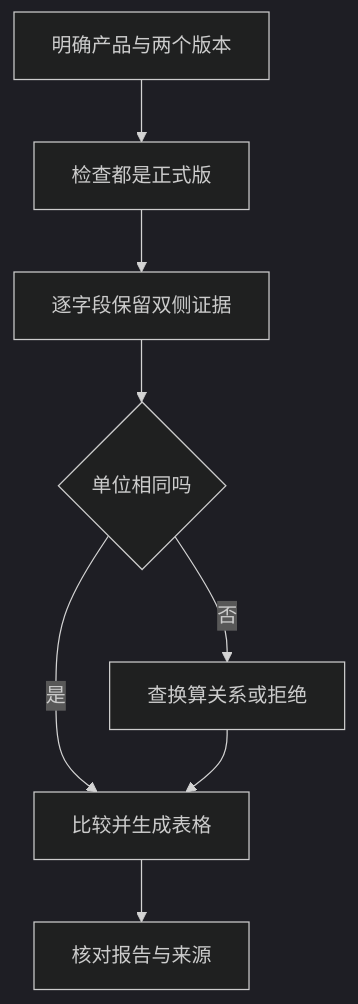
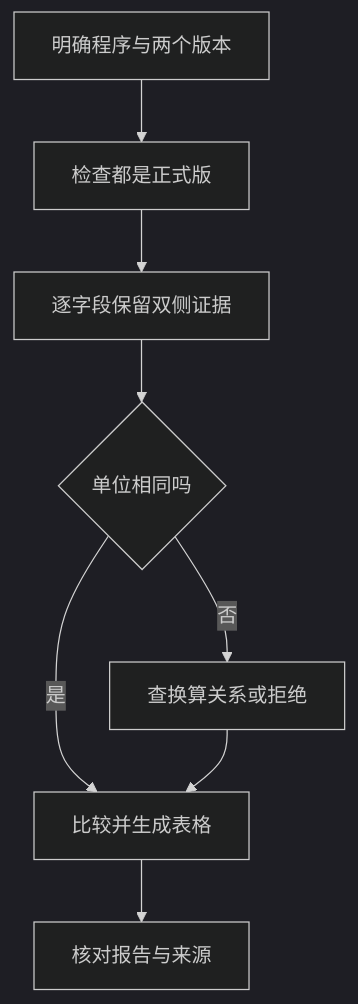
The diagram in 10-Knowledge/14-skills/01-method-from-task.md (HarryYangthu/TheBestAIGuide), drawn with Mermaid (dark theme) before and after one commit. The commit also changed other lines of this file and 1846 other files, not shown here.

````diff
--- a/10-Knowledge/14-skills/01-method-from-task.md
+++ b/10-Knowledge/14-skills/01-method-from-task.md
@@ -7,10 +7,10 @@
 ```mermaid
 flowchart TD
-    A["明确产品与两个版本"] --> B["检查都是正式版"]
+    A["明确程序与两个版本"] --> B["检查都是正式版"]
     B --> C["逐字段保留双侧证据"]
     C --> D{"单位相同吗"}
     D -->|是| F["比较并生成表格"]
     D -->|否| E["查换算关系或拒绝"]
     E --> F
     F --> G["核对报告与来源"]
 ```
````
